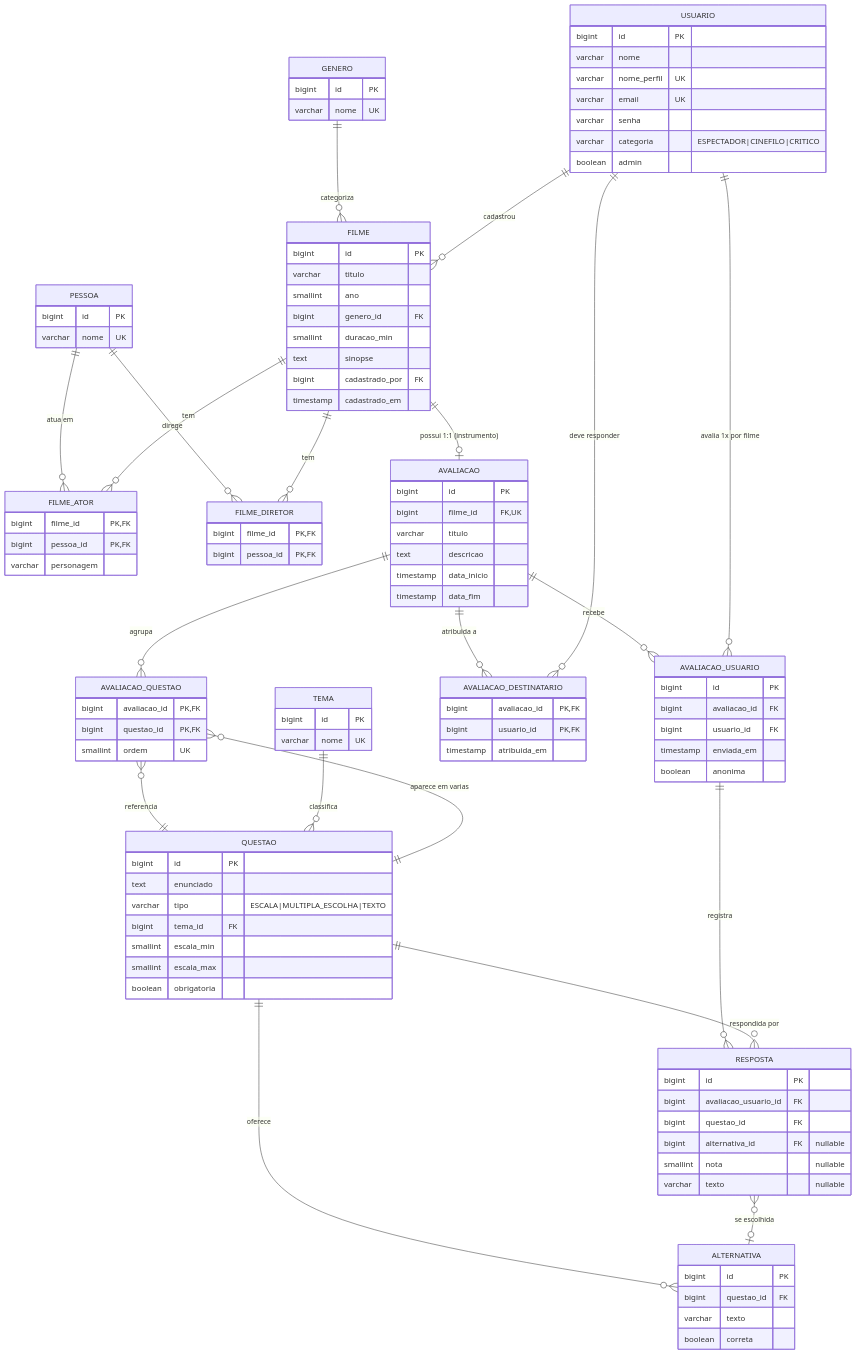
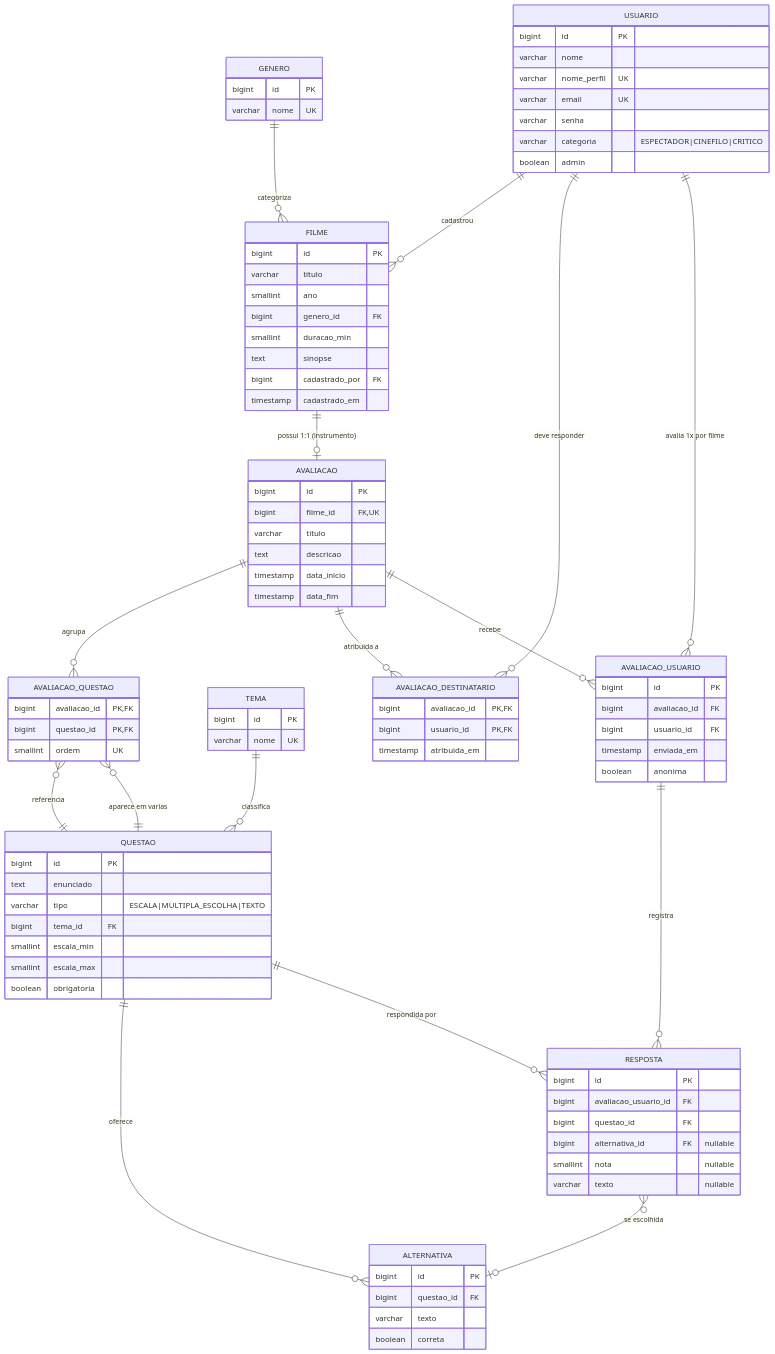
One commit to Joao-Betoni/TRABALHO_BANCO_DE_DADOS changed the first of 5 diagrams in docs/mermaid.md. Above: the diagram before and after it, drawn with Mermaid. The commit also changed other lines of this file and 18 other files, not shown here.

````diff
--- a/docs/mermaid.md
+++ b/docs/mermaid.md
@@ -12,11 +12,6 @@
 ```mermaid
 erDiagram
     GENERO ||--o{ FILME : "categoriza"
-
-    PESSOA ||--o{ FILME_ATOR : "atua em"
-    PESSOA ||--o{ FILME_DIRETOR : "direge"
-    FILME ||--o{ FILME_ATOR : "tem"
-    FILME ||--o{ FILME_DIRETOR : "tem"
 
     USUARIO ||--o{ FILME : "cadastrou"
 
@@ -51,22 +46,6 @@
     GENERO {
         bigint id PK
         varchar nome UK
-    }
-
-    PESSOA {
-        bigint id PK
-        varchar nome UK
-    }
-
-    FILME_ATOR {
-        bigint filme_id PK, FK
-        bigint pessoa_id PK, FK
-        varchar personagem
-    }
-
-    FILME_DIRETOR {
-        bigint filme_id PK, FK
-        bigint pessoa_id PK, FK
     }
 
     USUARIO {
````
